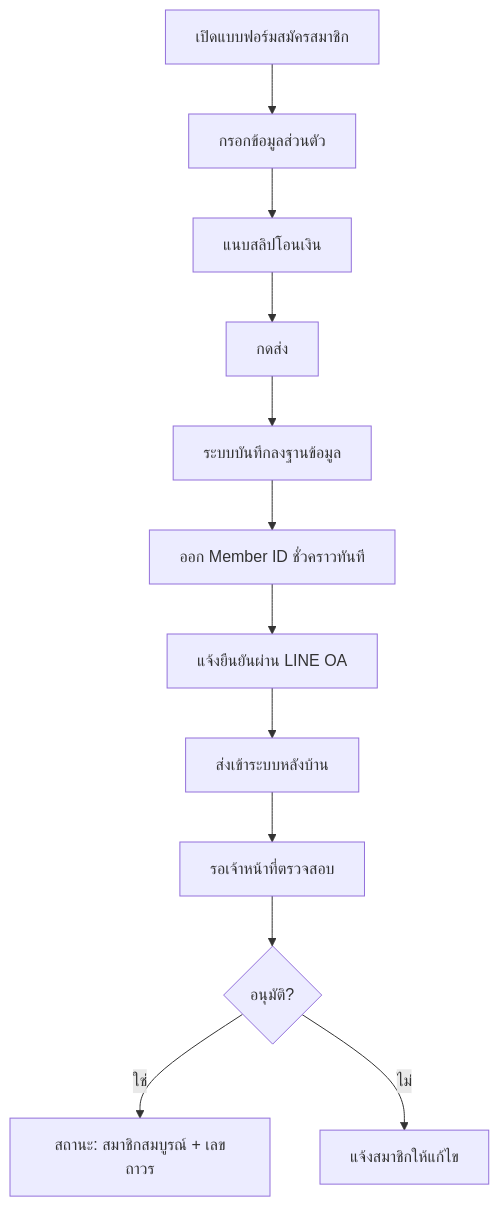
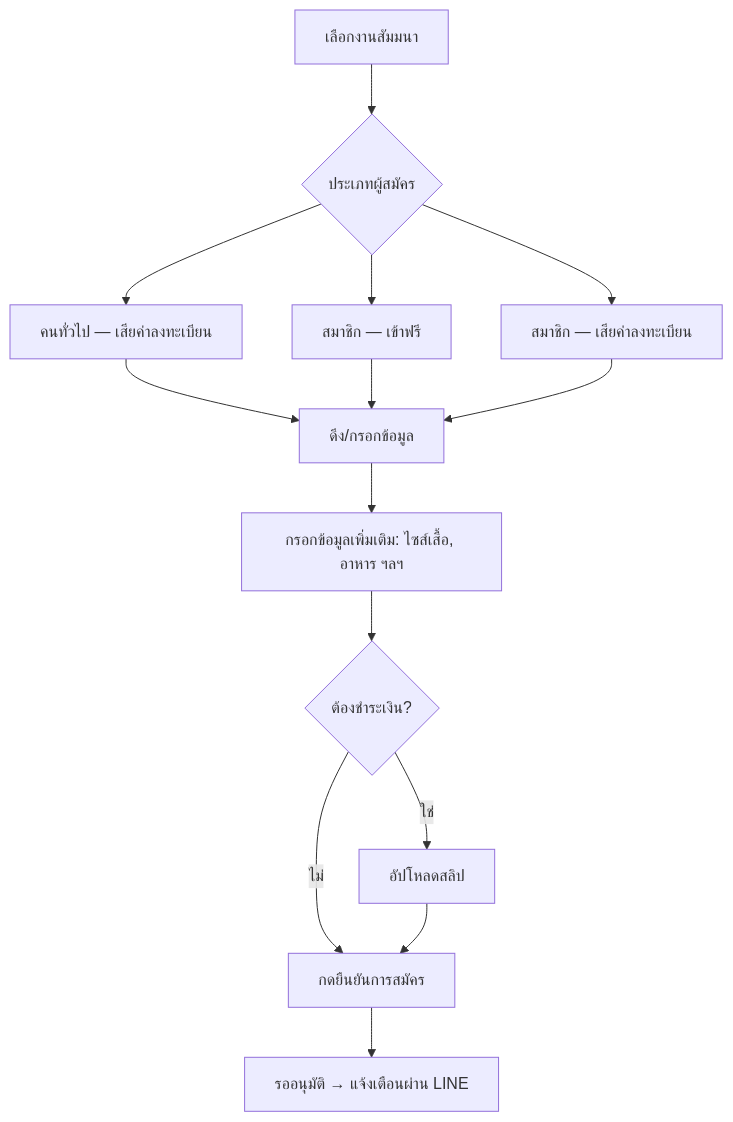
Before and after one commit to Cakenomsod/Fastwork_ABTA: the second of 4 diagrams in ABTA-System/04-Workflows.md, drawn with Mermaid. The commit also changed other lines of this file and 5 other files, not shown here.

````diff
--- a/ABTA-System/04-Workflows.md
+++ b/ABTA-System/04-Workflows.md
@@ -12,14 +72,16 @@
 ```mermaid
 flowchart TD
-    A[เปิดแบบฟอร์มสมัครสมาชิก] --> B[กรอกข้อมูลส่วนตัว]
-    B --> C[แนบสลิปโอนเงิน]
-    C --> D[กดส่ง]
-    D --> E[ระบบบันทึกลงฐานข้อมูล]
-    E --> F[ออก Member ID ชั่วคราวทันที]
-    F --> G[แจ้งยืนยันผ่าน LINE OA]
-    G --> H[ส่งเข้าระบบหลังบ้าน]
-    H --> I[รอเจ้าหน้าที่ตรวจสอบ]
-    I --> J{อนุมัติ?}
-    J -->|ใช่| K[สถานะ: สมาชิกสมบูรณ์ + เลขถาวร]
-    J -->|ไม่| L[แจ้งสมาชิกให้แก้ไข]
+    A[เลือกงานสัมมนา] --> B{ประเภทผู้สมัคร}
+    B --> C1[คนทั่วไป — เสียค่าลงทะเบียน]
+    B --> C2[สมาชิก — เข้าฟรี]
+    B --> C3[สมาชิก — เสียค่าลงทะเบียน]
+    C1 --> D[ดึง/กรอกข้อมูล]
+    C2 --> D
+    C3 --> D
+    D --> E[กรอกข้อมูลเพิ่มเติม: ไซส์เสื้อ, อาหาร ฯลฯ]
+    E --> F{ต้องชำระเงิน?}
+    F -->|ใช่| G[อัปโหลดสลิป]
+    F -->|ไม่| H[กดยืนยันการสมัคร]
+    G --> H
+    H --> I[รออนุมัติ → แจ้งเตือนผ่าน LINE]
 ```
````
